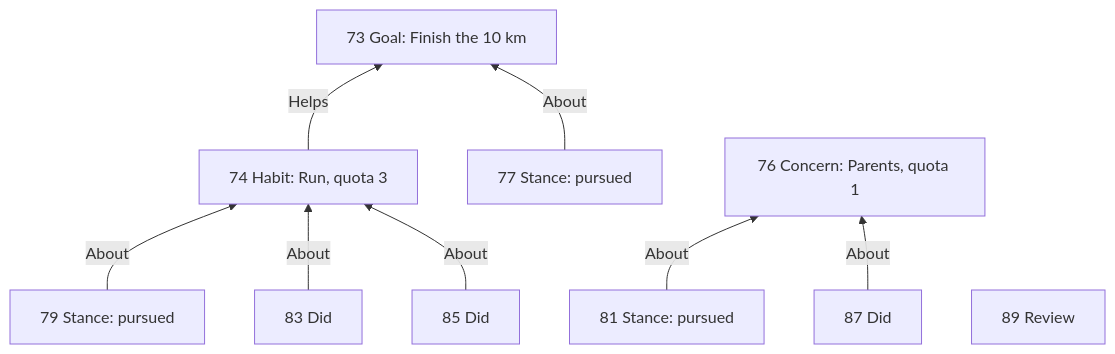
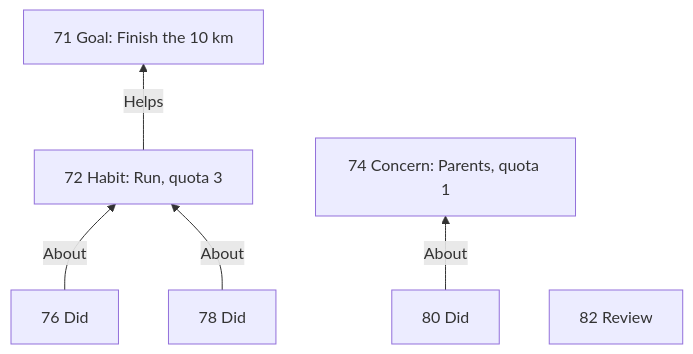
One commit to RezaOnGithub/lifecore changed diagram 11 of 13 in docs/PLANNING-EXPLAINER.md. Above: the diagram before and after it, drawn with Mermaid. The commit also changed other lines of this file and 3 other files, not shown here.

````diff
--- a/docs/PLANNING-EXPLAINER.md
+++ b/docs/PLANNING-EXPLAINER.md
@@ -1162,12 +1146,9 @@
 ```mermaid
 flowchart BT
-    H["74 Habit: Run, quota 3"] -- Helps --> G["73 Goal: Finish the 10 km"]
-    SG["77 Stance: pursued"] -- About --> G
-    SH["79 Stance: pursued"] -- About --> H
-    C["76 Concern: Parents, quota 1"]
-    SC["81 Stance: pursued"] -- About --> C
-    D1["83 Did"] -- About --> H
-    D2["85 Did"] -- About --> H
-    D3["87 Did"] -- About --> C
-    R["89 Review"]
+    H["72 Habit: Run, quota 3"] -- Helps --> G["71 Goal: Finish the 10 km"]
+    C["74 Concern: Parents, quota 1"]
+    D1["76 Did"] -- About --> H
+    D2["78 Did"] -- About --> H
+    D3["80 Did"] -- About --> C
+    R["82 Review"]
 ```
````
